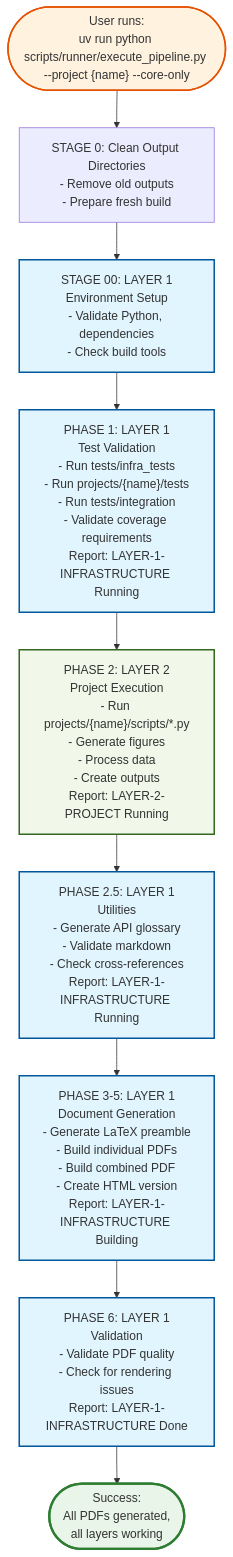
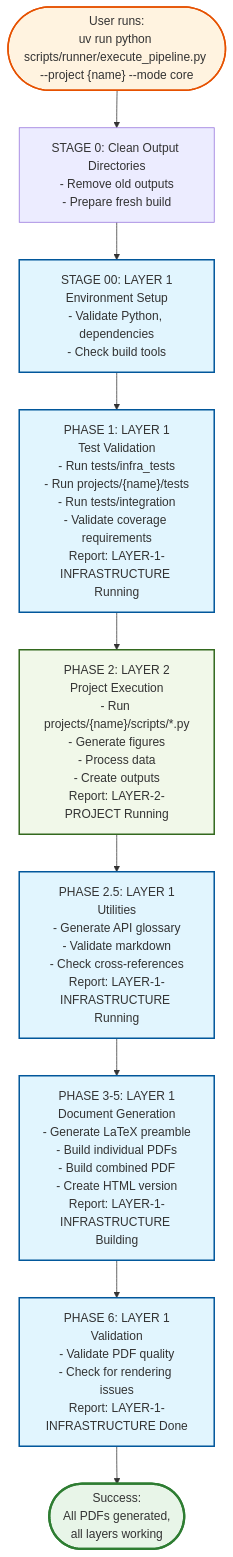
The eighth of 9 diagrams in docs/architecture/two-layer-architecture.md (docxology/template), drawn with Mermaid before and after one commit. The commit also changed other lines of this file and 1600 other files, not shown here.

````diff
--- a/docs/architecture/two-layer-architecture.md
+++ b/docs/architecture/two-layer-architecture.md
@@ -344,27 +344,27 @@
 ```mermaid
 flowchart TD
-    START(["User runs:<br/>uv run python scripts/runner/execute_pipeline.py --project {name} --core-only"]) --> CLEAN["STAGE 0: Clean Output Directories<br/>- Remove old outputs<br/>- Prepare fresh build"]
+    START(["User runs:<br/>uv run python scripts/runner/execute_pipeline.py --project {name} --mode core"]) --> CLEAN["STAGE 0: Clean Output Directories<br/>- Remove old outputs<br/>- Prepare fresh build"]
     CLEAN --> STAGE00["STAGE 00: LAYER 1<br/>Environment Setup<br/>- Validate Python, dependencies<br/>- Check build tools"]
 
     STAGE00 --> PHASE1["PHASE 1: LAYER 1<br/>Test Validation<br/>- Run tests/infra_tests<br/>- Run projects/{name}/tests<br/>- Run tests/integration<br/>- Validate coverage requirements<br/>Report: LAYER-1-INFRASTRUCTURE Running"]
 
     PHASE1 --> PHASE2["PHASE 2: LAYER 2<br/>Project Execution<br/>- Run projects/{name}/scripts/*.py<br/>- Generate figures<br/>- Process data<br/>- Create outputs<br/>Report: LAYER-2-PROJECT Running"]
 
     PHASE2 --> PHASE2_5["PHASE 2.5: LAYER 1<br/>Utilities<br/>- Generate API glossary<br/>- Validate markdown<br/>- Check cross-references<br/>Report: LAYER-1-INFRASTRUCTURE Running"]
 
     PHASE2_5 --> PHASE3_5["PHASE 3-5: LAYER 1<br/>Document Generation<br/>- Generate LaTeX preamble<br/>- Build individual PDFs<br/>- Build combined PDF<br/>- Create HTML version<br/>Report: LAYER-1-INFRASTRUCTURE Building"]
 
     PHASE3_5 --> PHASE6["PHASE 6: LAYER 1<br/>Validation<br/>- Validate PDF quality<br/>- Check for rendering issues<br/>Report: LAYER-1-INFRASTRUCTURE Done"]
 
     PHASE6 --> SUCCESS(["Success:<br/>All PDFs generated,<br/>all layers working"])
 
     classDef layer1 fill:#e1f5fe,stroke:#01579b,stroke-width:2px
     classDef layer2 fill:#f1f8e9,stroke:#33691e,stroke-width:2px
     classDef success fill:#e8f5e8,stroke:#2e7d32,stroke-width:3px
     classDef start fill:#fff3e0,stroke:#e65100,stroke-width:2px
 
     class STAGE00,PHASE1,PHASE2_5,PHASE3_5,PHASE6 layer1
     class PHASE2 layer2
     class SUCCESS success
     class START start
 ```
````
